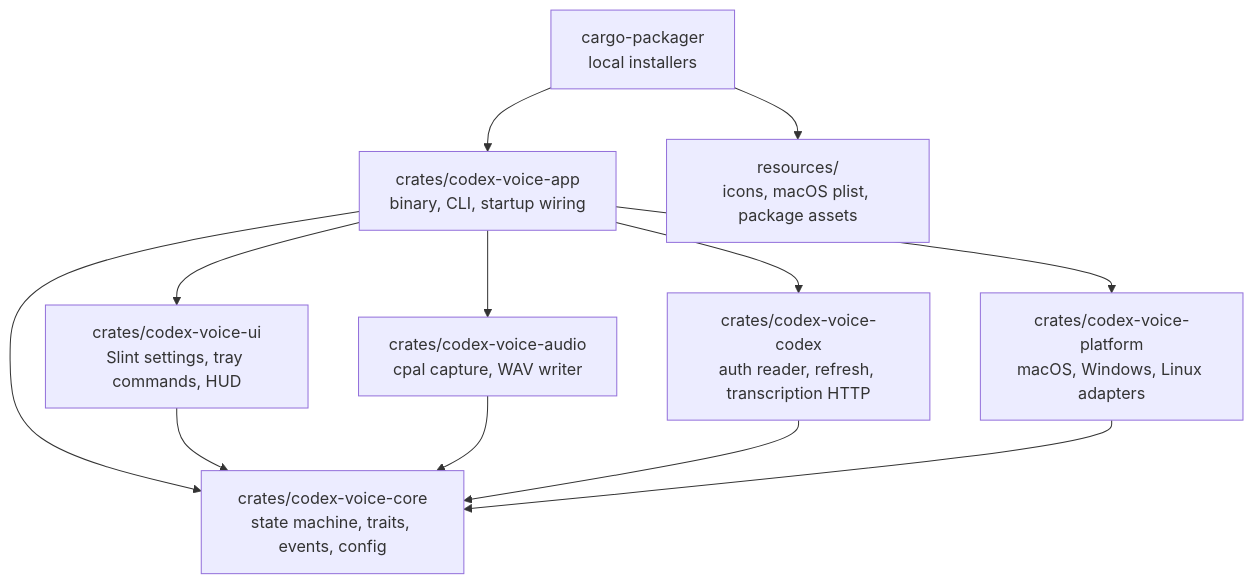
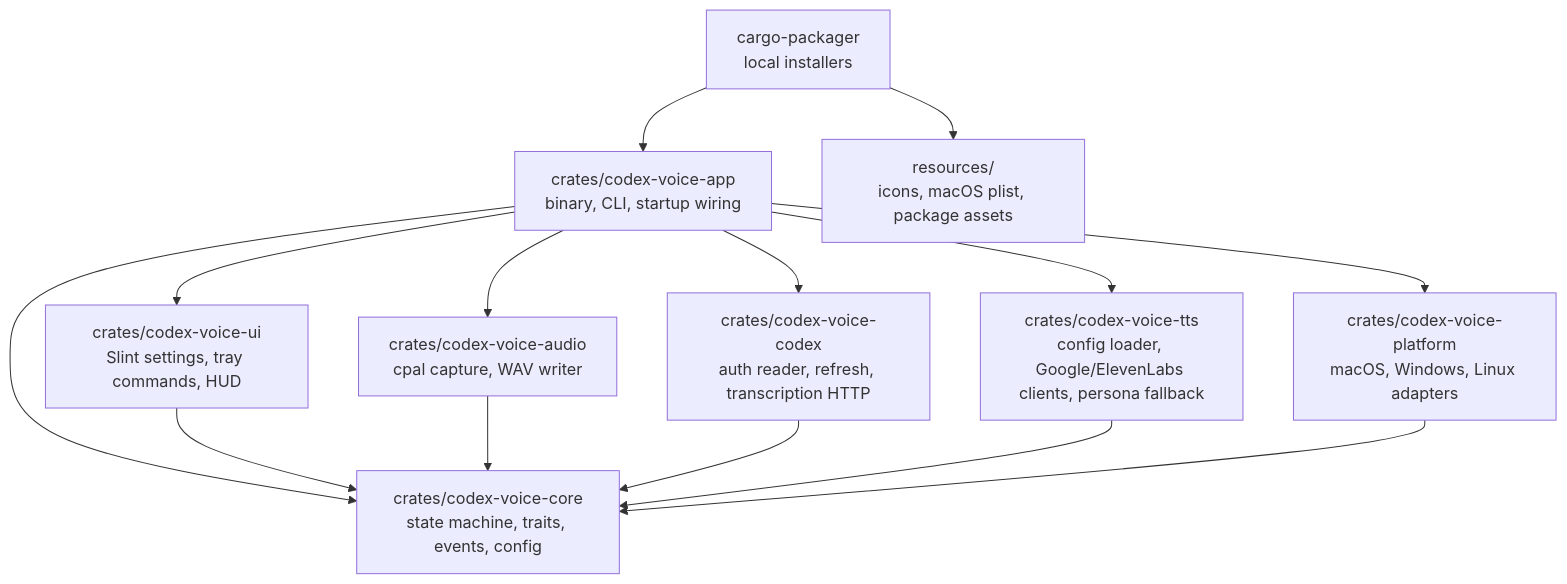
One commit to becksclair/codex-voice changed the second of 5 diagrams in docs/execplan-rust-native-cross-platform.md. Above: the diagram before and after it, drawn with Mermaid. The commit also changed other lines of this file and 18 other files, not shown here.

First line of the commit message:
Add OpenAI-compatible TTS endpoint with Google/ElevenLabs backends

````diff
--- a/docs/execplan-rust-native-cross-platform.md
+++ b/docs/execplan-rust-native-cross-platform.md
@@ -159,23 +188,26 @@
 ```mermaid
 flowchart TB
     App["crates/codex-voice-app\nbinary, CLI, startup wiring"]
     UI["crates/codex-voice-ui\nSlint settings, tray commands, HUD"]
     Core["crates/codex-voice-core\nstate machine, traits, events, config"]
     Audio["crates/codex-voice-audio\ncpal capture, WAV writer"]
     Codex["crates/codex-voice-codex\nauth reader, refresh, transcription HTTP"]
+    TTS["crates/codex-voice-tts\nconfig loader, Google/ElevenLabs clients, persona fallback"]
     Platform["crates/codex-voice-platform\nmacOS, Windows, Linux adapters"]
     Resources["resources/\nicons, macOS plist, package assets"]
     Packager["cargo-packager\nlocal installers"]
 
     App --> UI
     App --> Core
     App --> Audio
     App --> Codex
+    App --> TTS
     App --> Platform
     UI --> Core
     Audio --> Core
     Codex --> Core
+    TTS --> Core
     Platform --> Core
     Packager --> App
     Packager --> Resources
 ```
````
